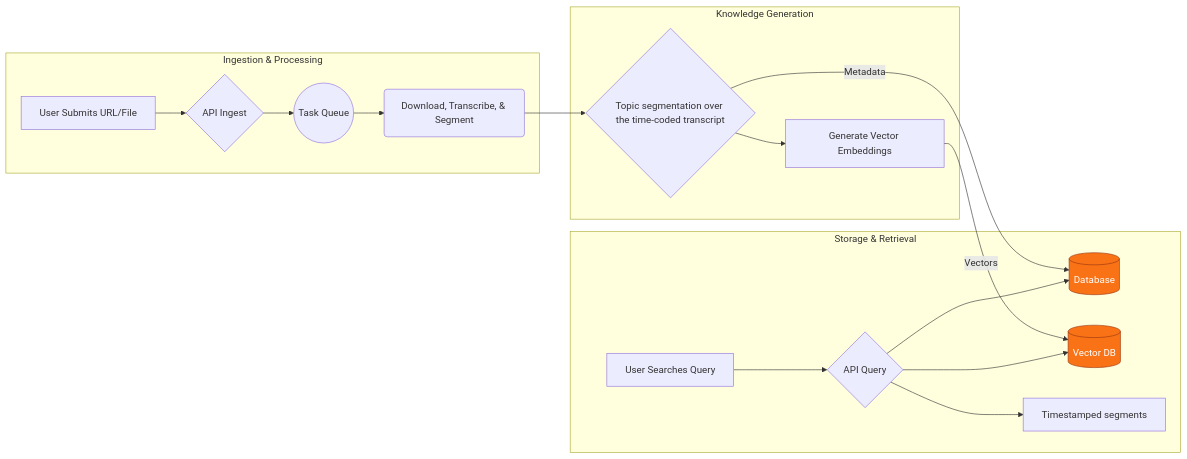
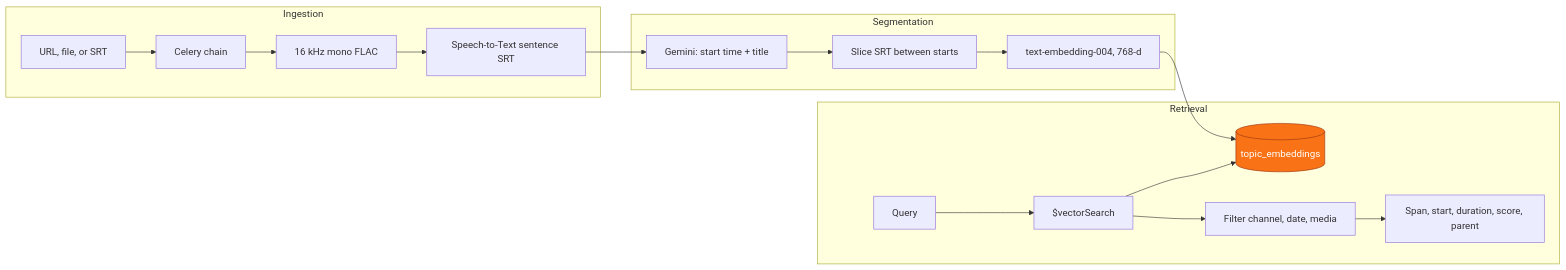
The diagram in README.md (IndigoNakamoto/Citeio.com), drawn with Mermaid before and after one commit. The commit also changed other lines of this file, not shown here.

First line of the commit message:
docs: recast the README as a research note on SRT-sliced retrieval

````diff
--- a/README.md
+++ b/README.md
@@ -76,26 +69,26 @@
 ```mermaid
 graph LR;
 
-    subgraph "Ingestion & Processing"
-        A[User Submits URL/File] --> B{API Ingest};
-        B --> C((Task Queue));
-        C --> D(Download, Transcribe, & Segment);
+    subgraph "Ingestion"
+        A[URL, file, or SRT] --> B[Celery chain];
+        B --> C[16 kHz mono FLAC];
+        C --> D[Speech-to-Text sentence SRT];
     end
 
-    subgraph "Knowledge Generation"
-        D --> E{Topic segmentation over the time-coded transcript};
-        E --> F[Generate Vector Embeddings];
+    subgraph "Segmentation"
+        D --> E[Gemini: start time + title];
+        E --> F[Slice SRT between starts];
+        F --> G["text-embedding-004, 768-d"];
     end
 
-    subgraph "Storage & Retrieval"
-        E -- Metadata --> G[(Database)];
-        F -- Vectors --> H[(Vector DB)];
-        I[User Searches Query] --> J{API Query};
-        J --> G;
+    subgraph "Retrieval"
+        G --> H[(topic_embeddings)];
+        I[Query] --> J[$vectorSearch];
         J --> H;
-        J --> K[Timestamped segments];
+        J --> K[Filter channel, date, media];
+        K --> L[Span, start, duration, score, parent];
     end
 
     classDef database fill:#F97316,stroke:#9A3412,color:#fff;
-    class G,H database;
+    class H database;
 ```
````
